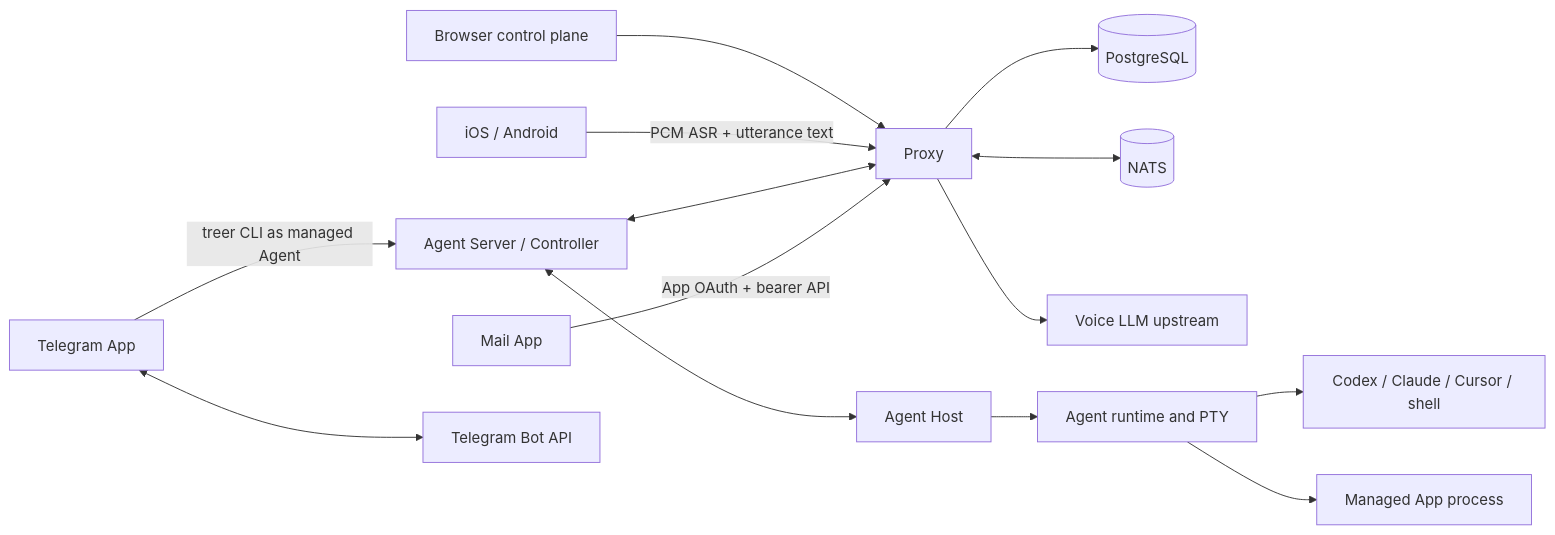
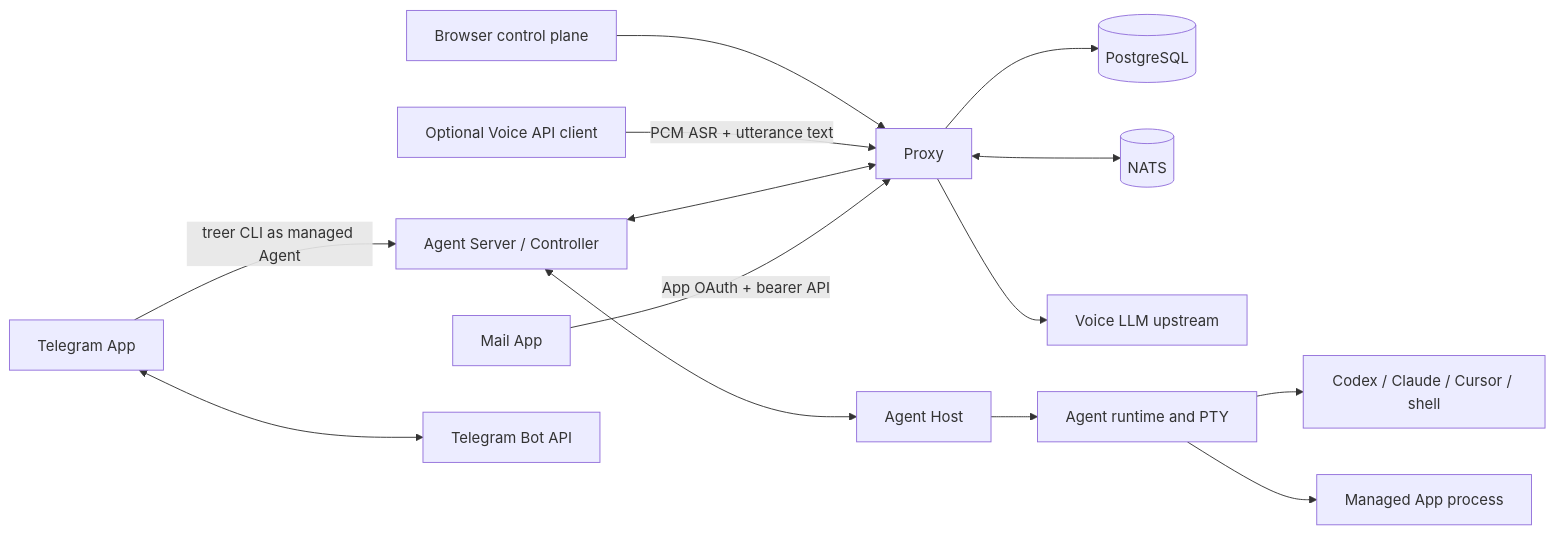
One commit to EvoEvolver/treer changed the diagram in docs/architecture.md. Above: the diagram before and after it, drawn with Mermaid. The commit also changed other lines of this file and 138 other files, not shown here.

````diff
--- a/docs/architecture.md
+++ b/docs/architecture.md
@@ -5,16 +5,16 @@
 ```mermaid
 flowchart LR
     Web[Browser control plane] --> Proxy[Proxy]
-    Phone[iOS / Android] -->|PCM ASR + utterance text| Proxy
+    VoiceClient[Optional Voice API client] -->|PCM ASR + utterance text| Proxy
     Proxy --> DB[(PostgreSQL)]
     Proxy <--> NATS[(NATS)]
     Proxy --> VoiceLLM[Voice LLM upstream]
     Controller[Agent Server / Controller] <--> Proxy
     Controller <--> Host[Agent Host]
     Host --> Runtime[Agent runtime and PTY]
     Runtime --> Agent[Codex / Claude / Cursor / shell]
     Runtime --> ManagedApp[Managed App process]
     Mail[Mail App] -->|App OAuth + bearer API| Proxy
     Telegram[Telegram App] -->|treer CLI as managed Agent| Controller
     Telegram <--> TG[Telegram Bot API]
 ```
````
